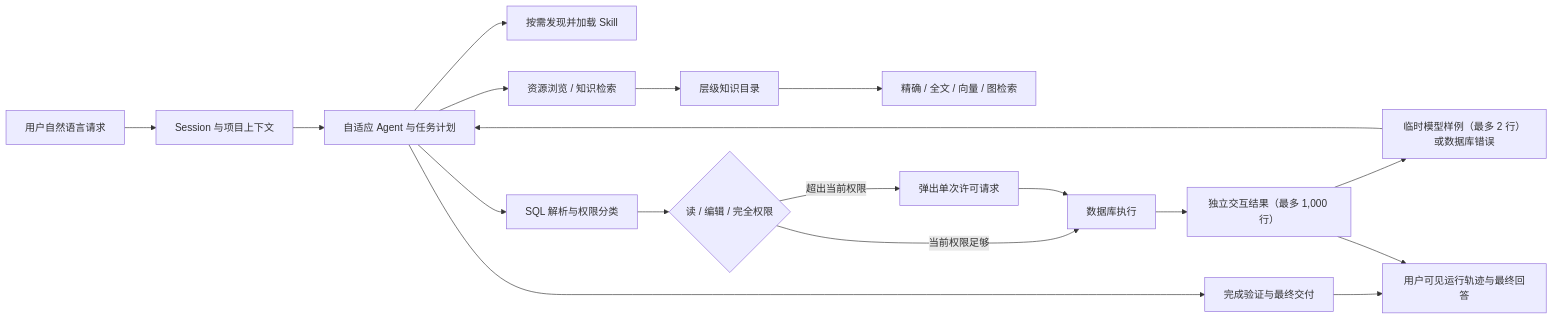
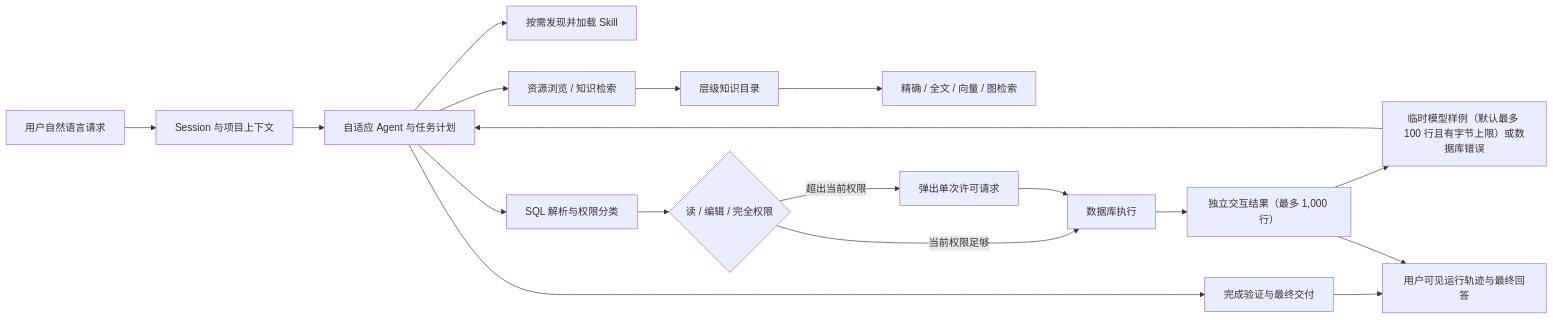
The diagram in docs/ai-sql/README.md (SylvanasW1ndrunner/Nexus), drawn with Mermaid before and after one commit. The commit also changed other lines of this file and 63 other files, not shown here.

Commit message:
fix: improve agent convergence, schema freshness, and packaging

````diff
--- a/docs/ai-sql/README.md
+++ b/docs/ai-sql/README.md
@@ -20,20 +20,20 @@
 ```mermaid
 flowchart LR
     User["用户自然语言请求"] --> Session["Session 与项目上下文"]
     Session --> Agent["自适应 Agent 与任务计划"]
     Agent --> Skill["按需发现并加载 Skill"]
     Agent --> Browse["资源浏览 / 知识检索"]
     Browse --> Catalog["层级知识目录"]
     Catalog --> Index["精确 / 全文 / 向量 / 图检索"]
     Agent --> SQL["SQL 解析与权限分类"]
     SQL --> Permission{"读 / 编辑 / 完全权限"}
     Permission -->|当前权限足够| Execute["数据库执行"]
     Permission -->|超出当前权限| Approval["弹出单次许可请求"]
     Approval --> Execute
     Execute --> Result["独立交互结果（最多 1,000 行）"]
-    Result --> Feedback["临时模型样例（最多 2 行）或数据库错误"]
+    Result --> Feedback["临时模型样例（默认最多 100 行且有字节上限）或数据库错误"]
     Feedback --> Agent
     Agent --> Verify["完成验证与最终交付"]
     Verify --> Trace["用户可见运行轨迹与最终回答"]
     Result --> Trace
 ```
````
